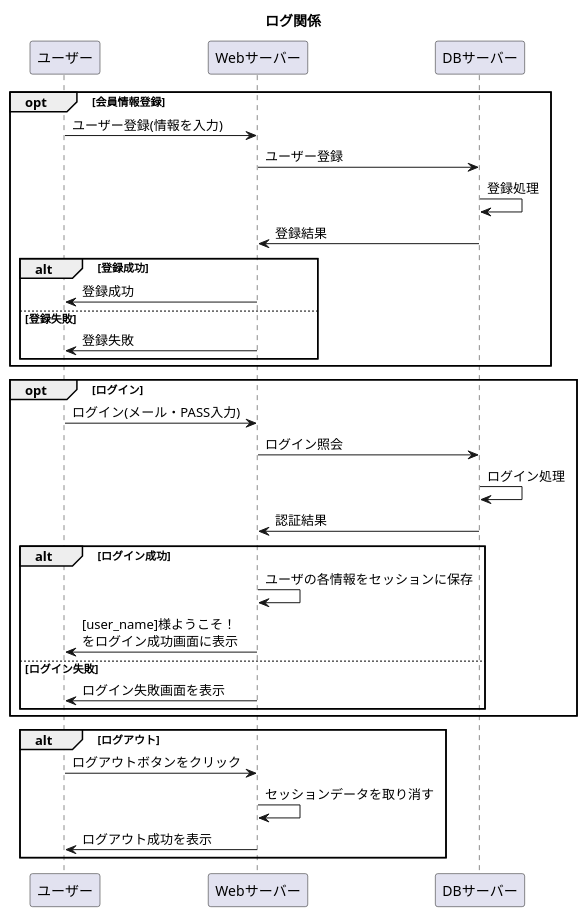
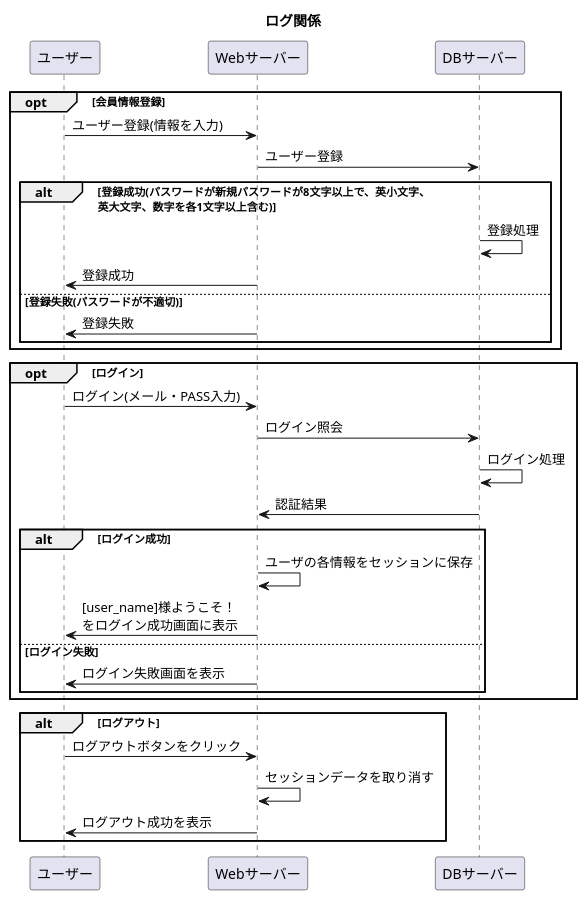
Before and after one commit to Aso2001227/Aso-Sports-1: the diagram in 設計書/02_業務フロー/Log-flow.md, drawn with PlantUML.

````diff
--- a/設計書/02_業務フロー/Log-flow.md
+++ b/設計書/02_業務フロー/Log-flow.md
@@ -1,34 +1,33 @@
 ```uml
 @startuml
 title: ログ関係
 opt 会員情報登録
   ユーザー -> Webサーバー : ユーザー登録(情報を入力)
   Webサーバー -> DBサーバー : ユーザー登録
-  DBサーバー -> DBサーバー : 登録処理
-  DBサーバー -> Webサーバー : 登録結果
-  alt 登録成功
+  alt 登録成功(パスワードが新規パスワードが8文字以上で、英小文字、\n英大文字、数字を各1文字以上含む)
+    DBサーバー -> DBサーバー : 登録処理
     Webサーバー -> ユーザー : 登録成功
-    else 登録失敗
+    else 登録失敗(パスワードが不適切)
     Webサーバー -> ユーザー : 登録失敗
   end
 end
   opt ログイン
       ユーザー -> Webサーバー : ログイン(メール・PASS入力)
       Webサーバー -> DBサーバー : ログイン照会
       DBサーバー -> DBサーバー : ログイン処理
       DBサーバー -> Webサーバー : 認証結果
       alt ログイン成功
       Webサーバー -> Webサーバー : ユーザの各情報をセッションに保存
         Webサーバー -> ユーザー : [user_name]様ようこそ！\nをログイン成功画面に表示
        else ログイン失敗
         Webサーバー -> ユーザー : ログイン失敗画面を表示
       end
  end
       
     alt ログアウト
       ユーザー ->Webサーバー :ログアウトボタンをクリック
       Webサーバー -> Webサーバー :セッションデータを取り消す
       Webサーバー -> ユーザー :ログアウト成功を表示 
      end
 @enduml
 ```
````
